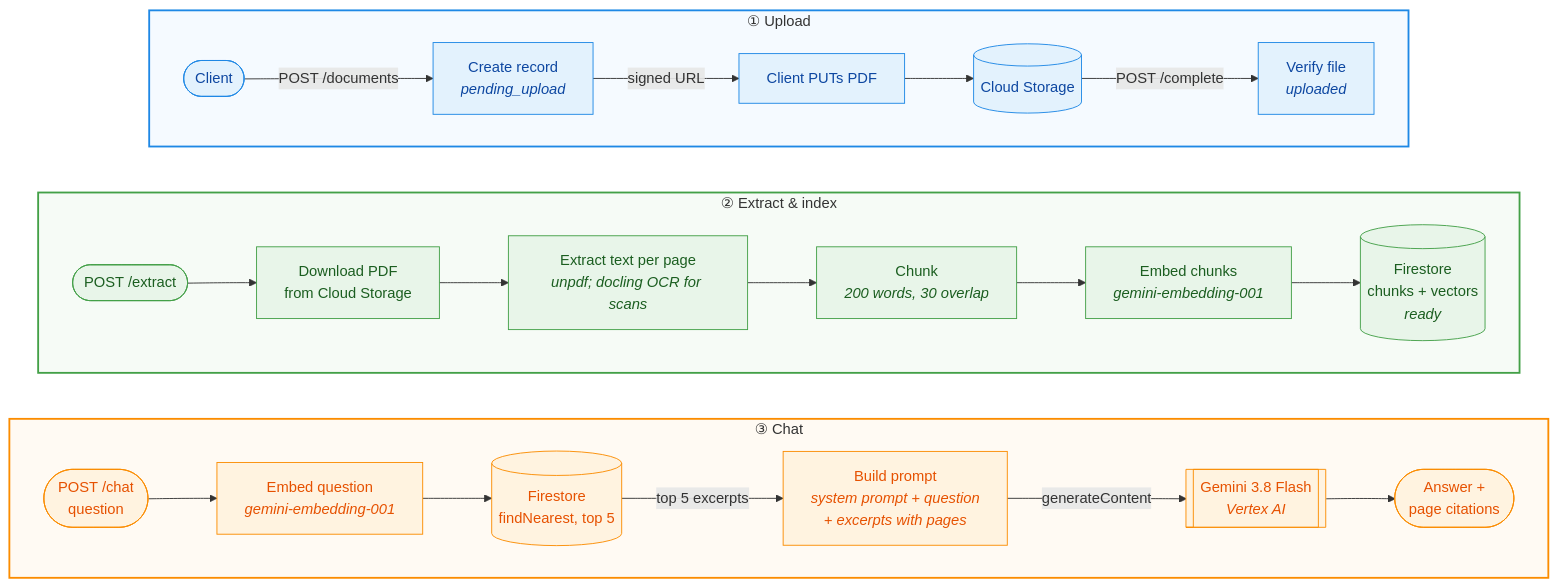
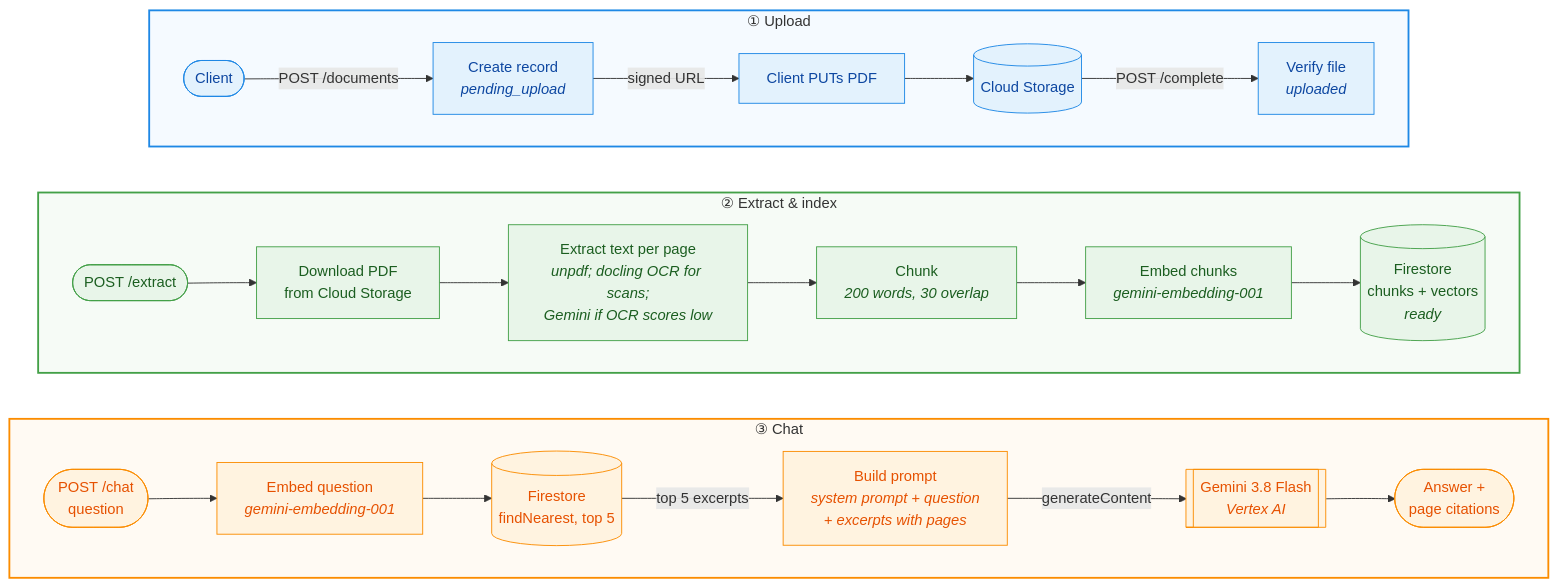
Before and after one commit to shrirambalakrishnan/chat-with-pdf: the diagram in README.md, drawn with Mermaid. The commit also changed other lines of this file and 1 other file, not shown here.

Commit message:
Document the Gemini fallback for scanned pages
docs/rag.md gets a "Gemini fallback" section: when a page falls back,
the single-page input, the prompt, LOW thinking and why, the cost per
page, the errors (no retries; Vertex can return 429 when many pages fall
back), and what it doesn't fix (Gemini's output isn't checked either,
and a page that dropped text but scored 0.8 or more keeps docling's
text). The ingestion step, the OCR confidence rule (now MIN_OCR_SCORE in
extractPages.js), the file table, the diagram, the ingestPdf example and
the rag:extract example are updated.

README: the diagram's extraction step, and tech stack rows for the OCR
fallback and pdf-lib.

Part of #54.

````diff
--- a/README.md
+++ b/README.md
@@ -14,40 +14,40 @@
 ```mermaid
 flowchart TB
     subgraph upload["① Upload"]
         direction LR
         u1(["Client"]) -->|"POST /documents"| u2["Create record<br/><i>pending_upload</i>"]
         u2 -->|"signed URL"| u3["Client PUTs PDF"]
         u3 --> u4[("Cloud Storage")]
         u4 -->|"POST /complete"| u5["Verify file<br/><i>uploaded</i>"]
     end
 
     subgraph ingest["② Extract & index"]
         direction LR
         i1(["POST /extract"]) --> i2["Download PDF<br/>from Cloud Storage"]
-        i2 --> i3["Extract text per page<br/><i>unpdf; docling OCR for scans</i>"]
+        i2 --> i3["Extract text per page<br/><i>unpdf; docling OCR for scans;<br/>Gemini if OCR scores low</i>"]
         i3 --> i4["Chunk<br/><i>200 words, 30 overlap</i>"]
         i4 --> i5["Embed chunks<br/><i>gemini-embedding-001</i>"]
         i5 --> i6[("Firestore<br/>chunks + vectors<br/><i>ready</i>")]
     end
 
     subgraph chat["③ Chat"]
         direction LR
         c1(["POST /chat<br/>question"]) --> c2["Embed question<br/><i>gemini-embedding-001</i>"]
         c2 --> c3[("Firestore<br/>findNearest, top 5")]
         c3 -->|"top 5 excerpts"| c4["Build prompt<br/><i>system prompt + question<br/>+ excerpts with pages</i>"]
         c4 -->|"generateContent"| c5[["Gemini 3.8 Flash<br/><i>Vertex AI</i>"]]
         c5 --> c6(["Answer +<br/>page citations"])
     end
 
     upload ~~~ ingest ~~~ chat
 
     classDef up fill:#e3f2fd,stroke:#1e88e5,color:#0d47a1
     classDef ing fill:#e8f5e9,stroke:#43a047,color:#1b5e20
     classDef ask fill:#fff3e0,stroke:#fb8c00,color:#e65100
     class u1,u2,u3,u4,u5 up
     class i1,i2,i3,i4,i5,i6 ing
     class c1,c2,c3,c4,c5,c6 ask
     style upload fill:#f5faff,stroke:#1e88e5,stroke-width:2px
     style ingest fill:#f6fbf6,stroke:#43a047,stroke-width:2px
     style chat fill:#fffaf3,stroke:#fb8c00,stroke-width:2px
 ```
````
